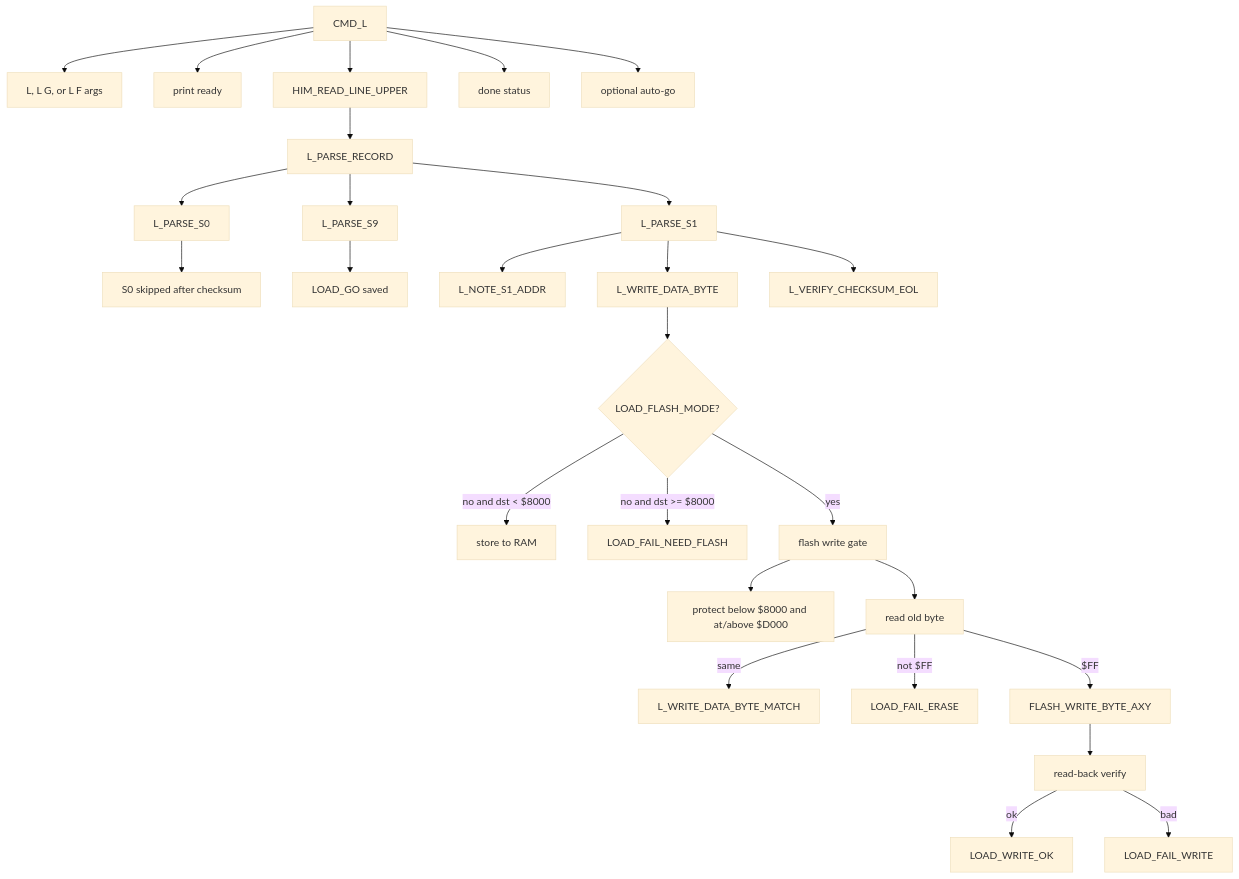
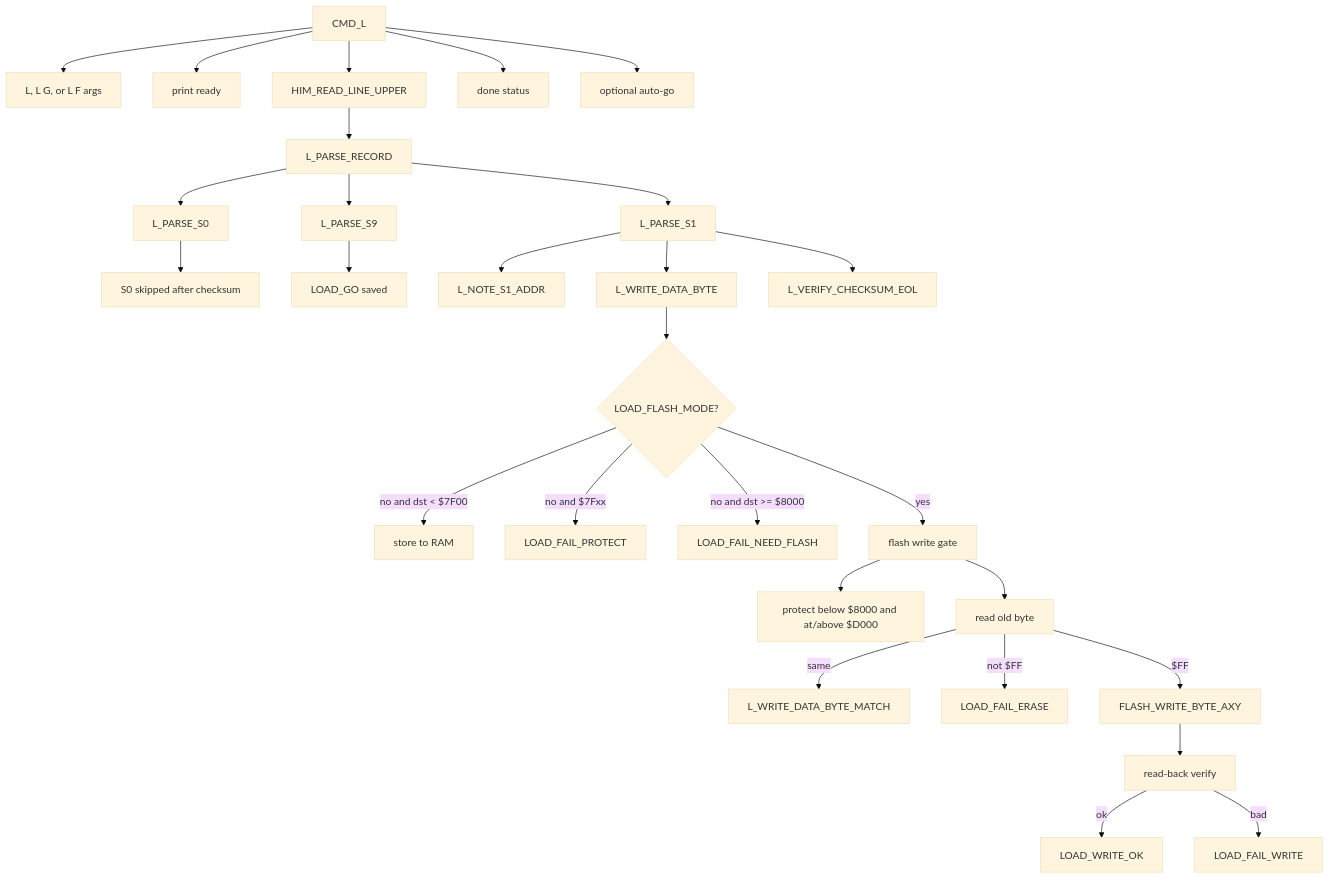
The fourth of 7 diagrams in DOC/GUIDES/HIMON/HIMON_MAP.md (95westus/R-YORS), drawn with Mermaid (base theme) before and after one commit. The commit also changed other lines of this file and 2 other files, not shown here.

Commit message:
Protect HIMON loader from IO page
Board: not tested.

````diff
--- a/DOC/GUIDES/HIMON/HIMON_MAP.md
+++ b/DOC/GUIDES/HIMON/HIMON_MAP.md
@@ -138,33 +138,34 @@
 ```mermaid
 flowchart TD
     L[CMD_L] --> ARGS[L, L G, or L F args]
     L --> READY[print ready]
     L --> READ[HIM_READ_LINE_UPPER]
     READ --> PARSE[L_PARSE_RECORD]
 
     PARSE --> S0[L_PARSE_S0]
     PARSE --> S1[L_PARSE_S1]
     PARSE --> S9[L_PARSE_S9]
     S0 --> SKIP[S0 skipped after checksum]
     S9 --> GOSAVE[LOAD_GO saved]
 
     S1 --> NOTE[L_NOTE_S1_ADDR]
     S1 --> WRITE[L_WRITE_DATA_BYTE]
     WRITE --> RAM{LOAD_FLASH_MODE?}
-    RAM -->|no and dst < $8000| RAMWRITE[store to RAM]
+    RAM -->|no and dst < $7F00| RAMWRITE[store to RAM]
+    RAM -->|no and $7Fxx| RAMPROTECT[LOAD_FAIL_PROTECT]
     RAM -->|no and dst >= $8000| NEEDF[LOAD_FAIL_NEED_FLASH]
     RAM -->|yes| FLASHGATE[flash write gate]
 
     FLASHGATE --> PROTECT[protect below $8000 and at/above $D000]
     FLASHGATE --> OLD[read old byte]
     OLD -->|same| MATCH[L_WRITE_DATA_BYTE_MATCH]
     OLD -->|not $FF| ERASE[LOAD_FAIL_ERASE]
     OLD -->|$FF| FLASHWRITE[FLASH_WRITE_BYTE_AXY]
     FLASHWRITE --> VERIFY[read-back verify]
     VERIFY -->|ok| WROTE[LOAD_WRITE_OK]
     VERIFY -->|bad| WFAIL[LOAD_FAIL_WRITE]
 
     S1 --> CHK[L_VERIFY_CHECKSUM_EOL]
     L --> DONE[done status]
     L --> AUTOGO[optional auto-go]
 ```
````
